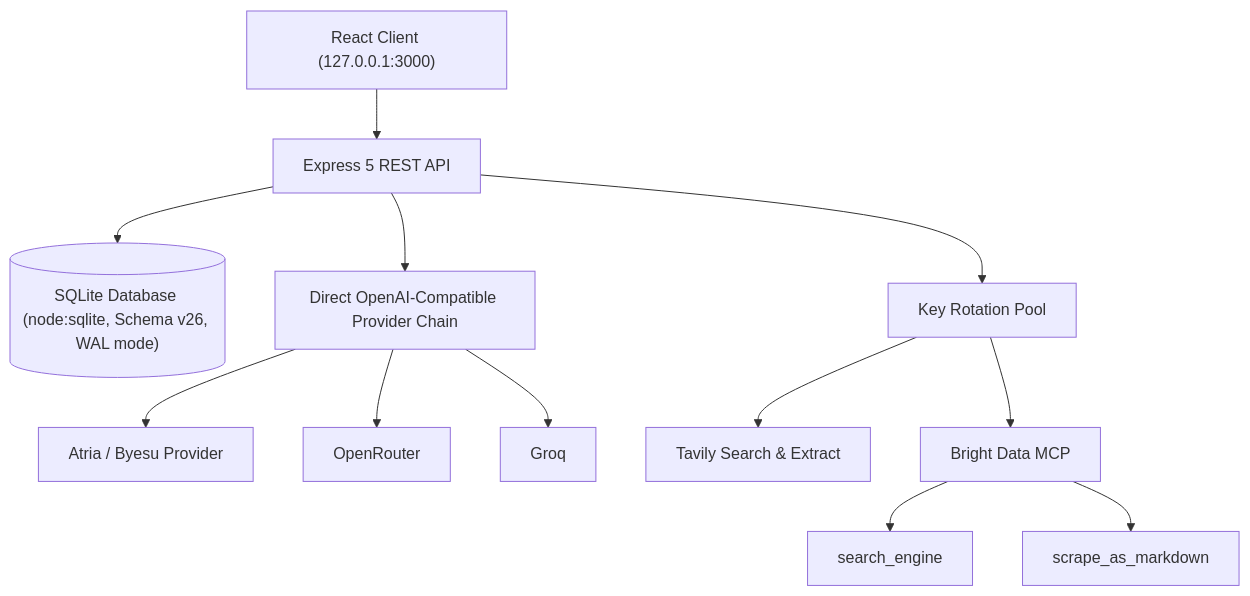
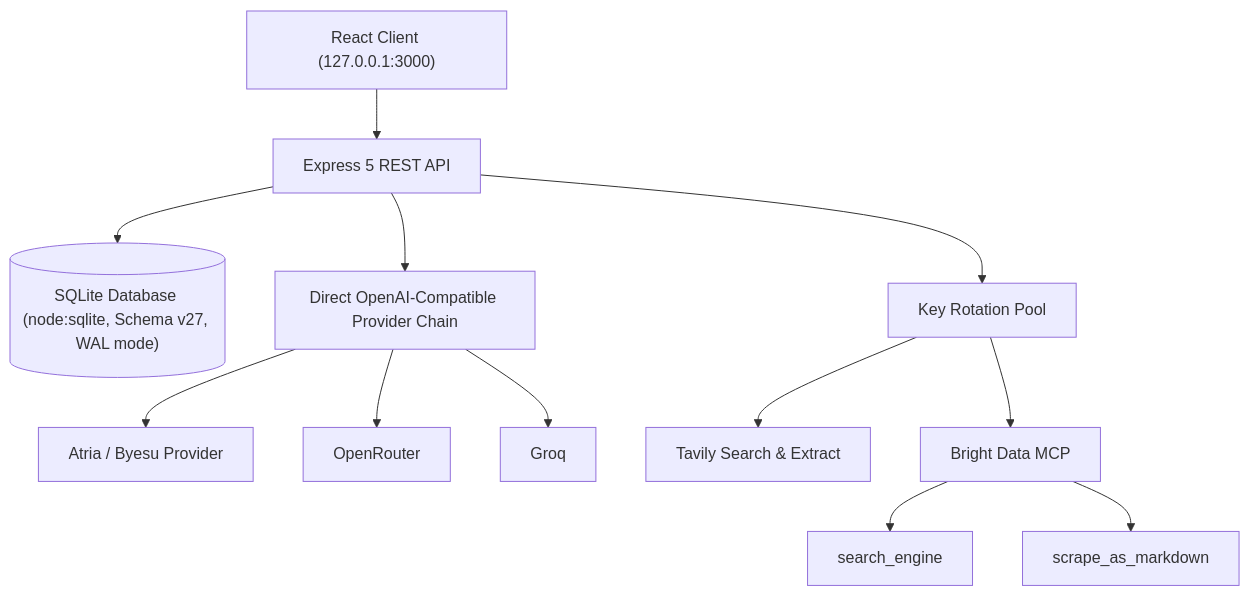
Before and after one commit to AliasHolmes/Apex-CRM: the second of 2 diagrams in README.md, drawn with Mermaid. The commit also changed other lines of this file and 40 other files, not shown here.

````diff
--- a/README.md
+++ b/README.md
@@ -203,16 +203,16 @@
 ```mermaid
 graph TD
     UI["React Client (127.0.0.1:3000)"] --> API["Express 5 REST API"]
-    API --> DB[("SQLite Database (node:sqlite, Schema v26, WAL mode)")]
+    API --> DB[("SQLite Database (node:sqlite, Schema v27, WAL mode)")]
 
     API --> Direct["Direct OpenAI-Compatible Provider Chain"]
     Direct --> Primary["Atria / Byesu Provider"]
     Direct --> OpenRouter["OpenRouter"]
     Direct --> Groq["Groq"]
 
     API --> KeyRotator["Key Rotation Pool"]
     KeyRotator --> Tavily["Tavily Search & Extract"]
     KeyRotator --> MCP["Bright Data MCP"]
     MCP --> BDSearch["search_engine"]
     MCP --> BDScrape["scrape_as_markdown"]
 ```
````
